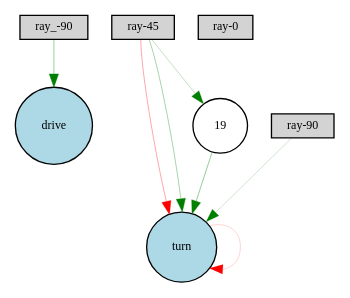
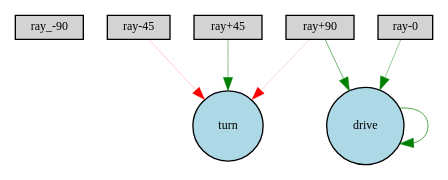
The diagram in Digraph.gv (JackLowry/Boost), drawn with Graphviz before and after one commit. The commit also changed 13 other files, not shown here.

```diff
--- a/Digraph.gv
+++ b/Digraph.gv
@@ -1,18 +1,16 @@
 digraph {
 	node [fontsize=9 height=0.2 shape=circle width=0.2]
 	"ray_-90" [fillcolor=lightgray shape=box style=filled]
 	"ray-45" [fillcolor=lightgray shape=box style=filled]
 	"ray-0" [fillcolor=lightgray shape=box style=filled]
-	"ray-45" [fillcolor=lightgray shape=box style=filled]
-	"ray-90" [fillcolor=lightgray shape=box style=filled]
+	"ray+45" [fillcolor=lightgray shape=box style=filled]
+	"ray+90" [fillcolor=lightgray shape=box style=filled]
 	drive [fillcolor=lightblue style=filled]
 	turn [fillcolor=lightblue style=filled]
-	19 [fillcolor=white style=filled]
-	"ray-45" -> turn [color=red penwidth=0.26042376727968597 style=solid]
-	"ray-45" -> turn [color=green penwidth=0.2610494080614105 style=solid]
-	"ray-90" -> turn [color=green penwidth=0.15316356684440796 style=solid]
-	turn -> turn [color=red penwidth=0.12914345321211335 style=solid]
-	"ray_-90" -> drive [color=green penwidth=0.3019373305874282 style=solid]
-	"ray-45" -> 19 [color=green penwidth=0.18082764721985595 style=solid]
-	19 -> turn [color=green penwidth=0.31475114448816055 style=solid]
+	"ray+45" -> turn [color=green penwidth=0.35071437238032277 style=solid]
+	"ray-0" -> drive [color=green penwidth=0.3204236174725193 style=solid]
+	"ray-45" -> turn [color=red penwidth=0.1468014607204133 style=solid]
+	"ray+90" -> turn [color=red penwidth=0.11671992512460544 style=solid]
+	"ray+90" -> drive [color=green penwidth=0.4194762878892856 style=solid]
+	drive -> drive [color=green penwidth=0.5193178155368597 style=solid]
 }
```
